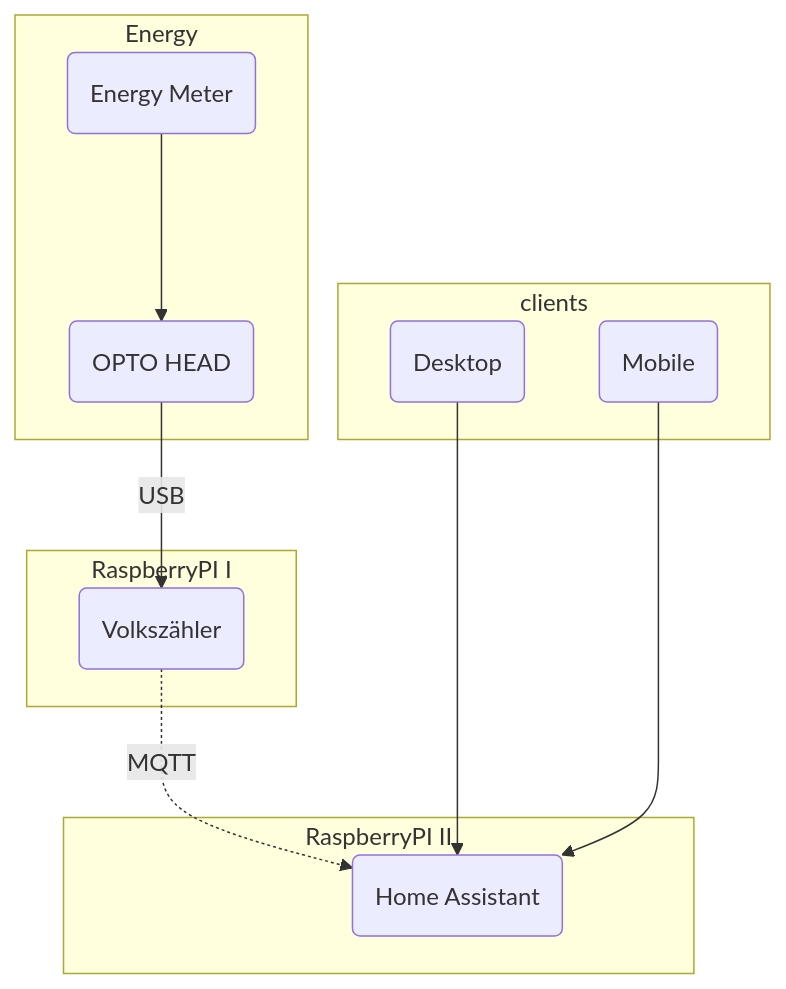
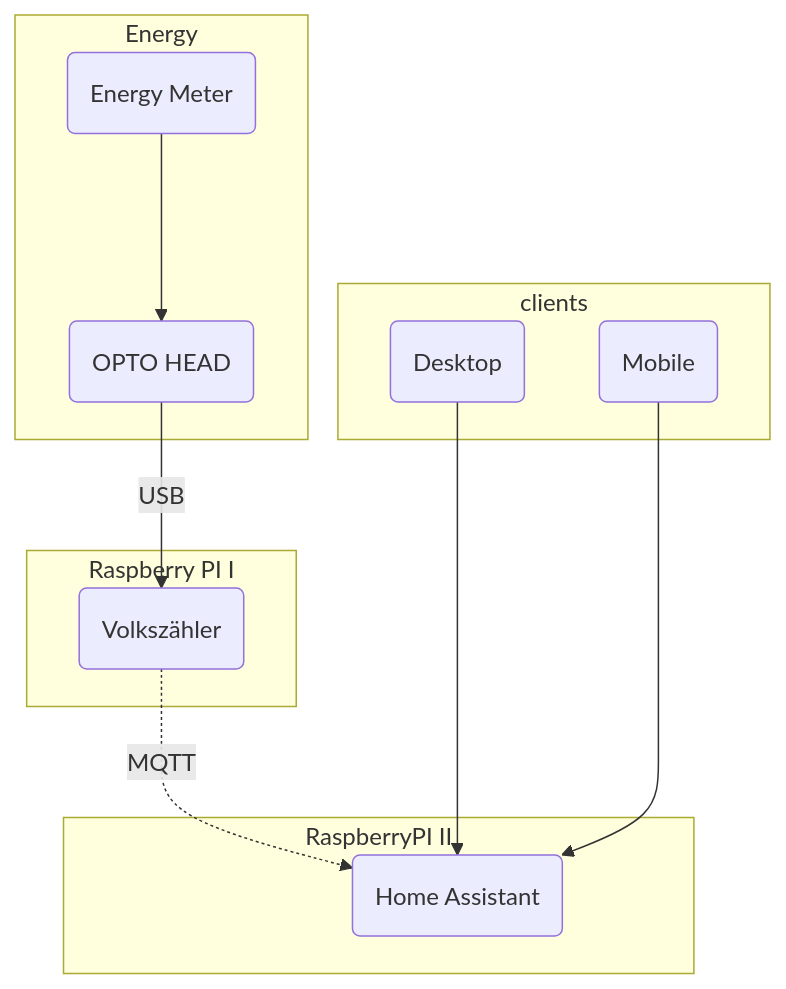
Before and after one commit to rangulvers/smart_meter_setup: the diagram in README.md, drawn with Mermaid.

````diff
--- a/README.md
+++ b/README.md
@@ -10,18 +10,18 @@
 ```mermaid
 
 flowchart TB
         subgraph Energy
         A(Energy Meter) ---> B(OPTO HEAD)        
         end
-        subgraph RaspberryPI I
+        subgraph sub1 [Raspberry PI I]
         B --USB--> C(Volkszähler)
         end
-        subgraph RaspberryPI II
+        subgraph sub2 [RaspberryPI II]
         C -.MQTT.-> D(Home Assistant)
         end
         subgraph clients
         E(Desktop) ---> D(Home Assistant)
         F(Mobile) ---> D(Home Assistant)
         end
         
 ```
````
